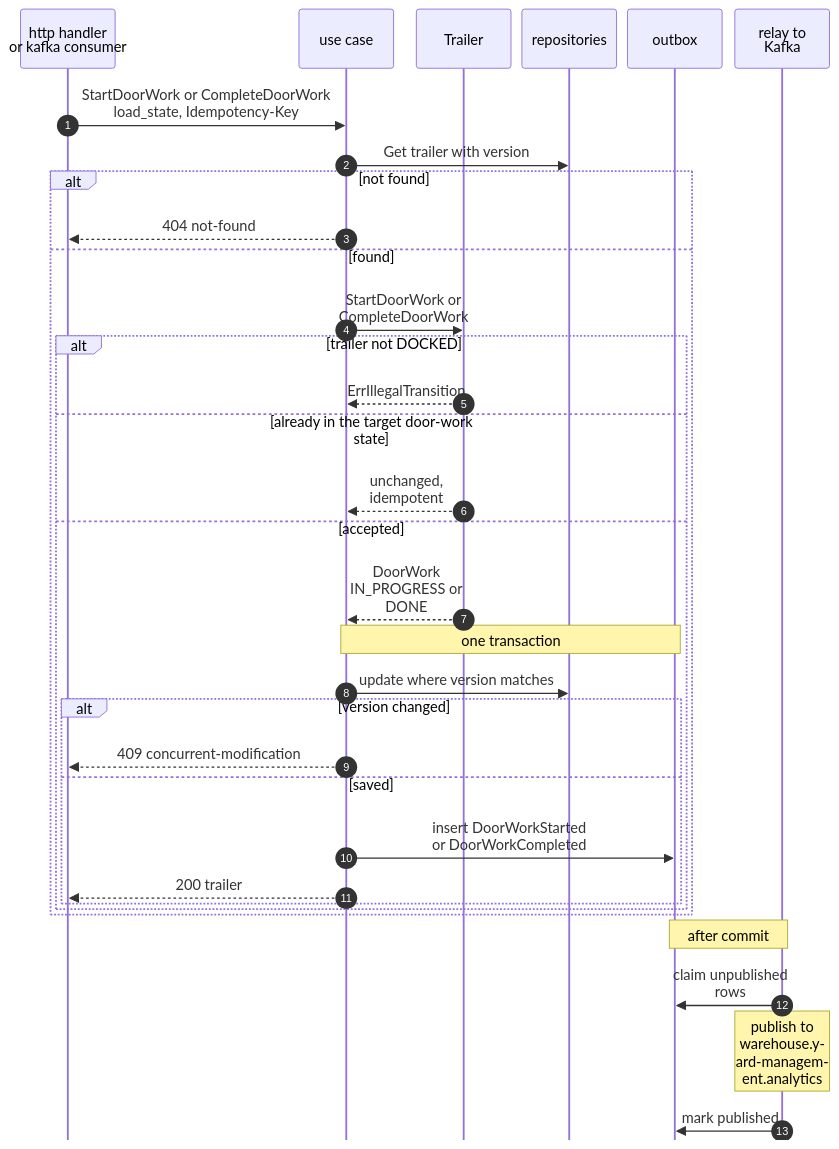
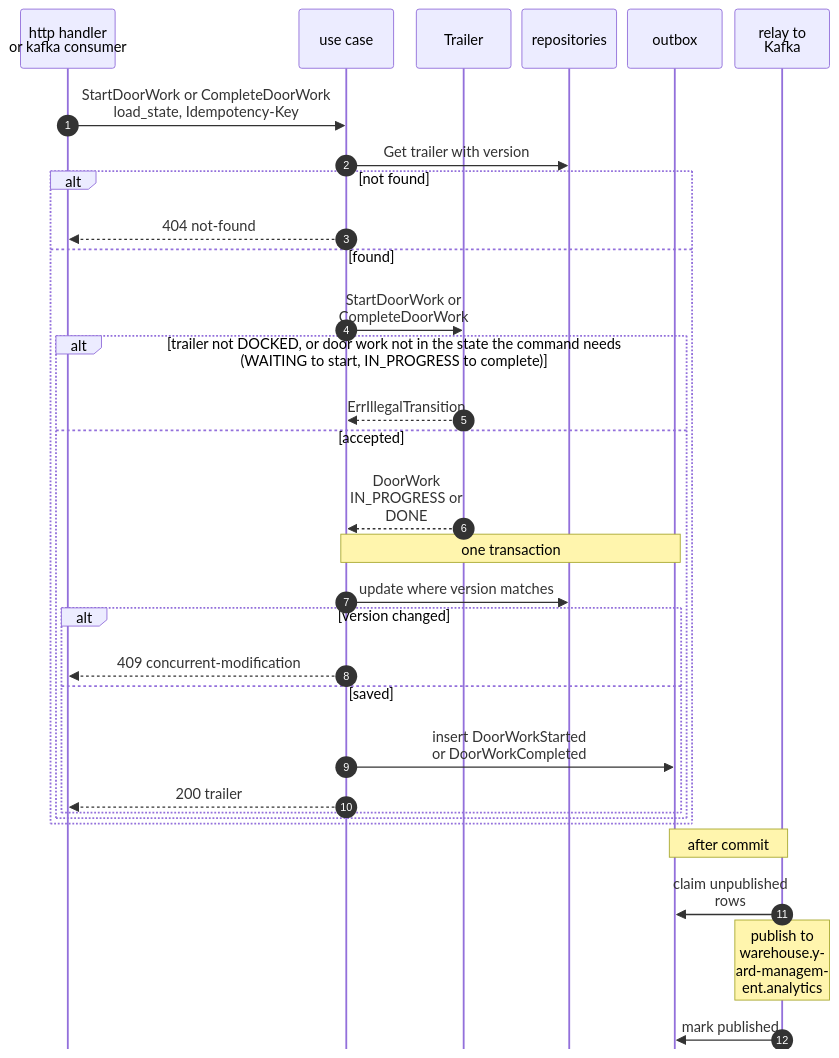
One commit to IQVO/yard-management changed diagram 12 of 15 in docs/docs/ddd/sequence-diagrams.md. Above: the diagram before and after it, drawn with Mermaid. The commit also changed other lines of this file and 9 other files, not shown here.

````diff
--- a/docs/docs/ddd/sequence-diagrams.md
+++ b/docs/docs/ddd/sequence-diagrams.md
@@ -565,37 +563,35 @@
 ```mermaid
 %%{init: {"sequence": {"wrap": true, "width": 104, "actorMargin": 12, "messageMargin": 26, "boxMargin": 6, "noteMargin": 6, "mirrorActors": false}}}%%
 sequenceDiagram
     autonumber
     participant H as http handler<br/>or kafka consumer
     participant U as use case
     participant A as Trailer
     participant R as repositories
     participant O as outbox
     participant RL as relay to Kafka
     H->>U: StartDoorWork or CompleteDoorWork<br/>load_state, Idempotency-Key
     U->>R: Get trailer with version
     alt not found
         U-->>H: 404 not-found
     else found
         U->>A: StartDoorWork or CompleteDoorWork
-        alt trailer not DOCKED
+        alt trailer not DOCKED, or door work not in the state the command needs<br/>(WAITING to start, IN_PROGRESS to complete)
             A-->>U: ErrIllegalTransition
-        else already in the target door-work state
-            A-->>U: unchanged, idempotent
         else accepted
             A-->>U: DoorWork IN_PROGRESS or DONE
             Note over U,O: one transaction
             U->>R: update where version matches
             alt version changed
                 U-->>H: 409 concurrent-modification
             else saved
                 U->>O: insert DoorWorkStarted<br/>or DoorWorkCompleted
                 U-->>H: 200 trailer
             end
         end
     end
     Note over O,RL: after commit
     RL->>O: claim unpublished rows
     Note over RL: publish to warehouse.yard-management.analytics
     RL->>O: mark published
 ```
````
